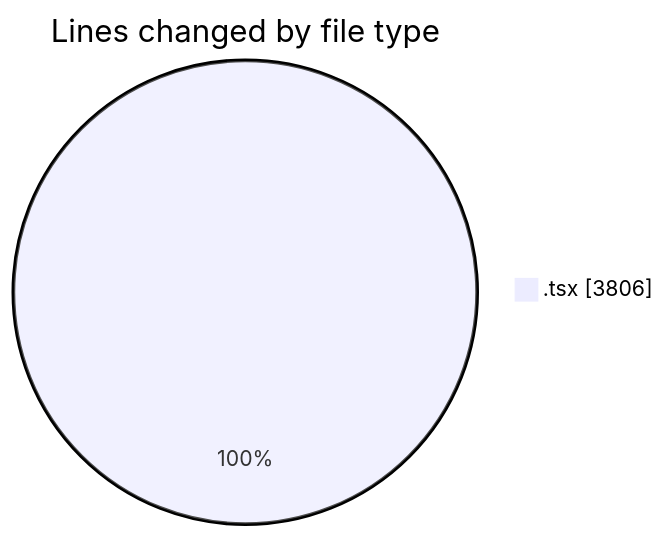
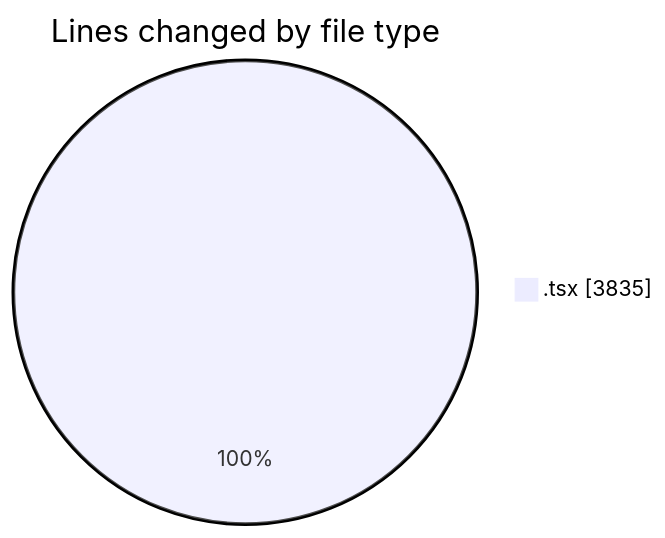
One commit to nxtqubesakshisongat/code-tracking changed the first of 2 diagrams in 2026-06-18/nxtqube_webapp/README.md. Above: the diagram before and after it, drawn with Mermaid. The commit also changed other lines of this file and 1 other file, not shown here.

````diff
--- a/2026-06-18/nxtqube_webapp/README.md
+++ b/2026-06-18/nxtqube_webapp/README.md
@@ -20,5 +20,5 @@
 ```mermaid
 pie showData
 title Lines changed by file type
-".tsx" : 3806
+".tsx" : 3835
 ```
````
